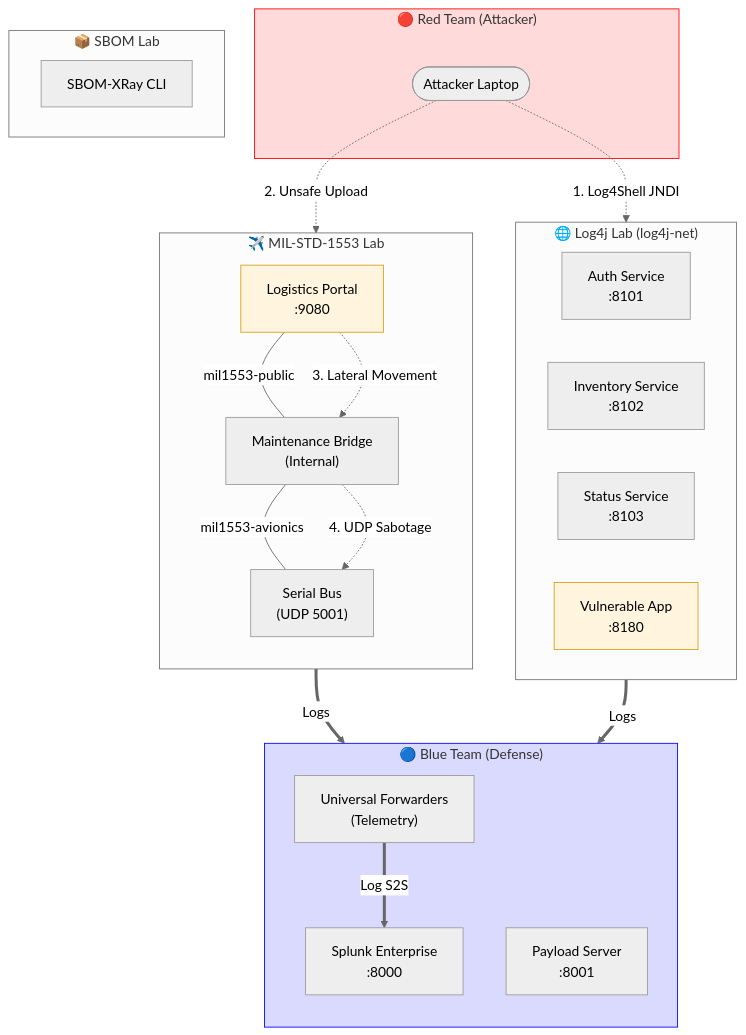
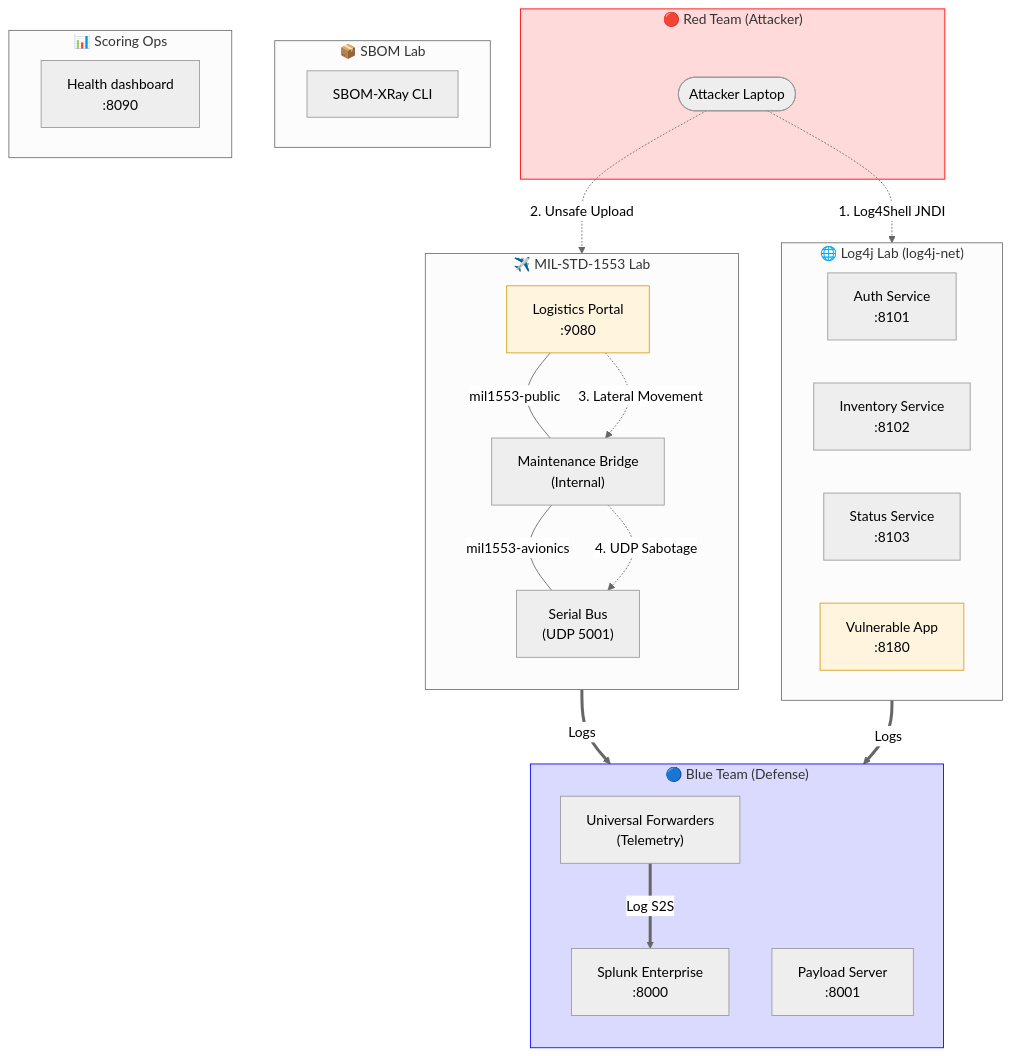
The diagram in README.md (HAFB-Capstone/DEMO-FULL), drawn with Mermaid (neutral theme) before and after one commit. The commit also changed other lines of this file and 62 other files, not shown here.

First line of the commit message:
Add scoring dashboard service to Docker Compose and Makefile

````diff
--- a/README.md
+++ b/README.md
@@ -5,50 +5,54 @@
 ```mermaid
 flowchart TB
     subgraph red["🔴 Red Team (Attacker)"]
         RT([Attacker Laptop])
     end
 
     subgraph blue["🔵 Blue Team (Defense)"]
         direction TB
         S["Splunk Enterprise<br/>:8000"]
         UF["Universal Forwarders<br/>(Telemetry)"]
         PS["Payload Server<br/>:8001"]
         UF ==>|Log S2S| S
     end
 
     subgraph log4j["🌐 Log4j Lab (log4j-net)"]
         direction LR
         L1["Auth Service<br/>:8101"]
         L2["Inventory Service<br/>:8102"]
         L3["Status Service<br/>:8103"]
         VA["Vulnerable App<br/>:8180"]
     end
 
     subgraph mil["✈️ MIL-STD-1553 Lab"]
         direction TB
         LP["Logistics Portal<br/>:9080"]
         MT["Maintenance Bridge<br/>(Internal)"]
         SB["Serial Bus<br/>(UDP 5001)"]
         LP ---|mil1553-public| MT
         MT ---|mil1553-avionics| SB
     end
 
     subgraph sbom["📦 SBOM Lab"]
         SX["SBOM-XRay CLI"]
     end
 
+    subgraph score["📊 Scoring Ops"]
+        SO["Health dashboard<br/>:8090"]
+    end
+
     %% Attack Paths
     RT -.->|1. Log4Shell JNDI| VA
     RT -.->|2. Unsafe Upload| LP
     LP -.->|3. Lateral Movement| MT
     MT -.->|4. UDP Sabotage| SB
 
     %% Telemetry Paths
     log4j ==>|Logs| UF
     mil ==>|Logs| UF
 
     style red fill:#ffdada,stroke:#ff0000
     style blue fill:#dadaff,stroke:#0000ff
     style VA fill:#fff4dd,stroke:#d4a017
     style LP fill:#fff4dd,stroke:#d4a017
 ```
````
